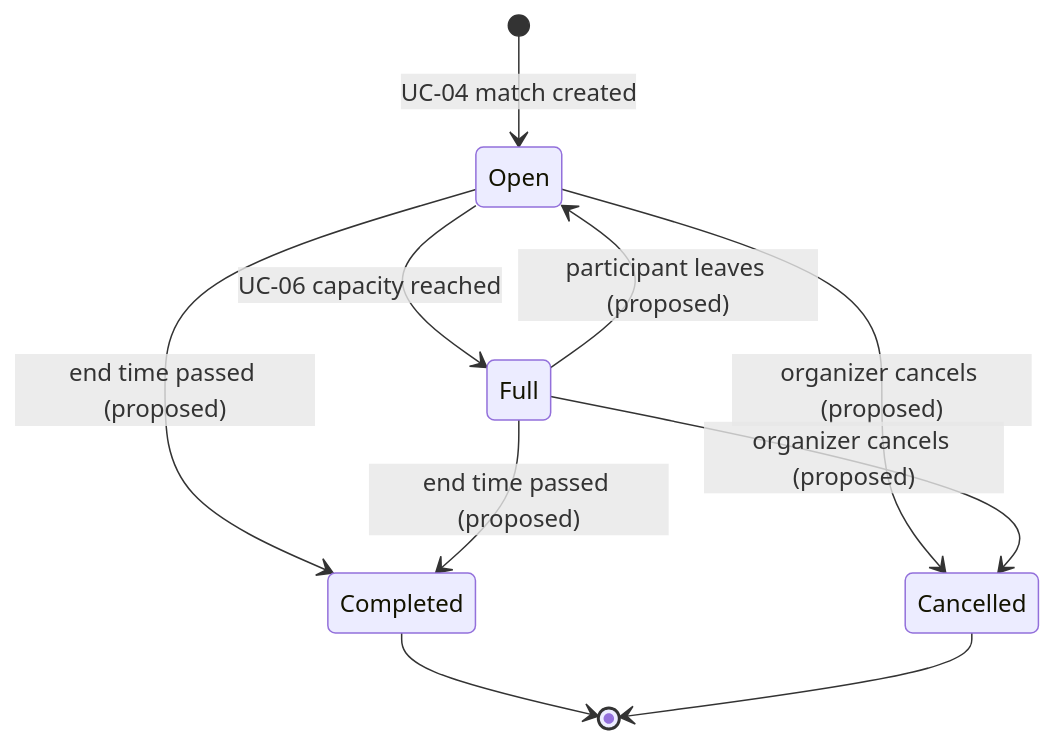
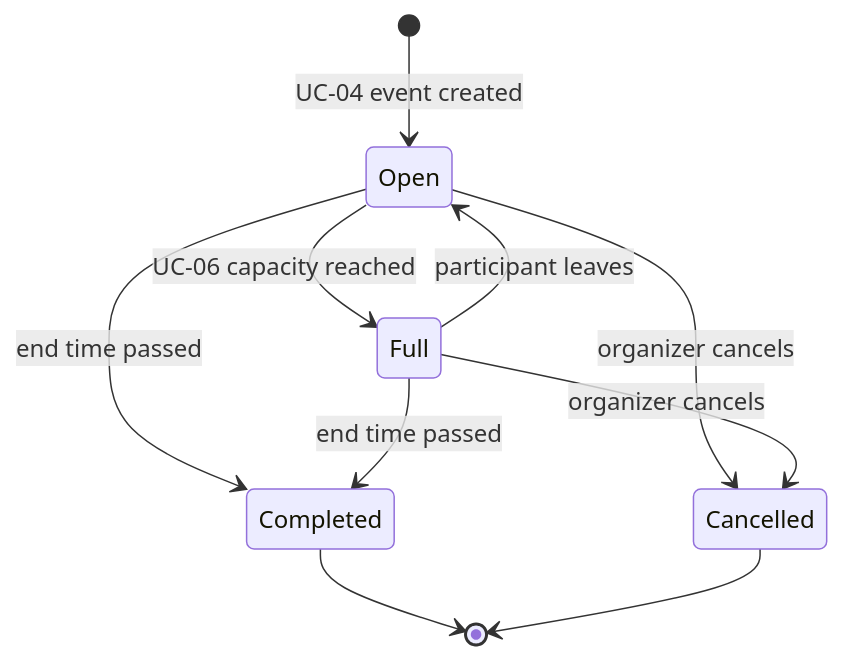
The seventh of 8 diagrams in docs/requirement_analysis_report.md (emir-heval-arda-harun/CMPE-331-project), drawn with Mermaid before and after one commit. The commit also changed other lines of this file and 139 other files, not shown here.

````diff
--- a/docs/requirement_analysis_report.md
+++ b/docs/requirement_analysis_report.md
@@ -391,12 +406,12 @@
 ```mermaid
 stateDiagram-v2
-    [*] --> Open : UC-04 match created
+    [*] --> Open : UC-04 event created
     Open --> Full : UC-06 capacity reached
-    Full --> Open : participant leaves (proposed)
-    Open --> Cancelled : organizer cancels (proposed)
-    Full --> Cancelled : organizer cancels (proposed)
-    Open --> Completed : end time passed (proposed)
-    Full --> Completed : end time passed (proposed)
+    Full --> Open : participant leaves
+    Open --> Cancelled : organizer cancels
+    Full --> Cancelled : organizer cancels
+    Open --> Completed : end time passed
+    Full --> Completed : end time passed
     Completed --> [*]
     Cancelled --> [*]
 ```
````
